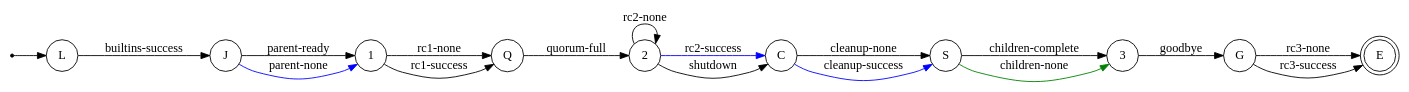
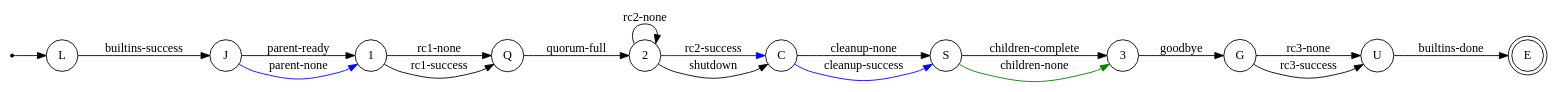
Before and after one commit to flux-framework/flux-core: the diagram in doc/guide/images/states_norm.dot, drawn with Graphviz. The commit also changed 2 other files, not shown here.

Commit message:
doc: document broker STATE_UNLOAD_BUILTINS
Problem: the broker UNLOAD_BUILTINS state is not mentioned in the
broker internals guide nor represented in the broker state diagrams.

Add it.

```diff
--- a/doc/guide/images/states_norm.dot
+++ b/doc/guide/images/states_norm.dot
@@ -1,27 +1,28 @@
 // Usage: dot -Tpng file.dot -o file.png
 
 digraph finite_state_machine {
     rankdir=LR;
 
     node [shape = point ]; Start
     node [shape = doublecircle ]; E
 
     node [shape = circle];
     Start -> L;
     L -> J [ label = "builtins-success" ];
     J -> 1 [ label = "parent-ready" ];
     J -> 1 [ label = "parent-none", color = "blue" ];
     1 -> Q [ label = "rc1-none" ];
     1 -> Q [ label = "rc1-success" ];
     Q -> 2 [ label = "quorum-full" ];
     2 -> 2 [ label = "rc2-none" ];
     2 -> C [ label = "rc2-success", color = "blue" ];
     2 -> C [ label = "shutdown" ];
     C -> S [ label = "cleanup-none" ];
     C -> S [ label = "cleanup-success", color = "blue" ];
     S -> 3 [ label = "children-complete" ];
     S -> 3 [ label = "children-none", color = "green" ];
     3 -> G [ label = "goodbye" ];
-    G -> E [ label = "rc3-none" ];
-    G -> E [ label = "rc3-success" ];
+    G -> U [ label = "rc3-none" ];
+    G -> U [ label = "rc3-success" ];
+    U -> E [ label = "builtins-done" ];
 }
```
